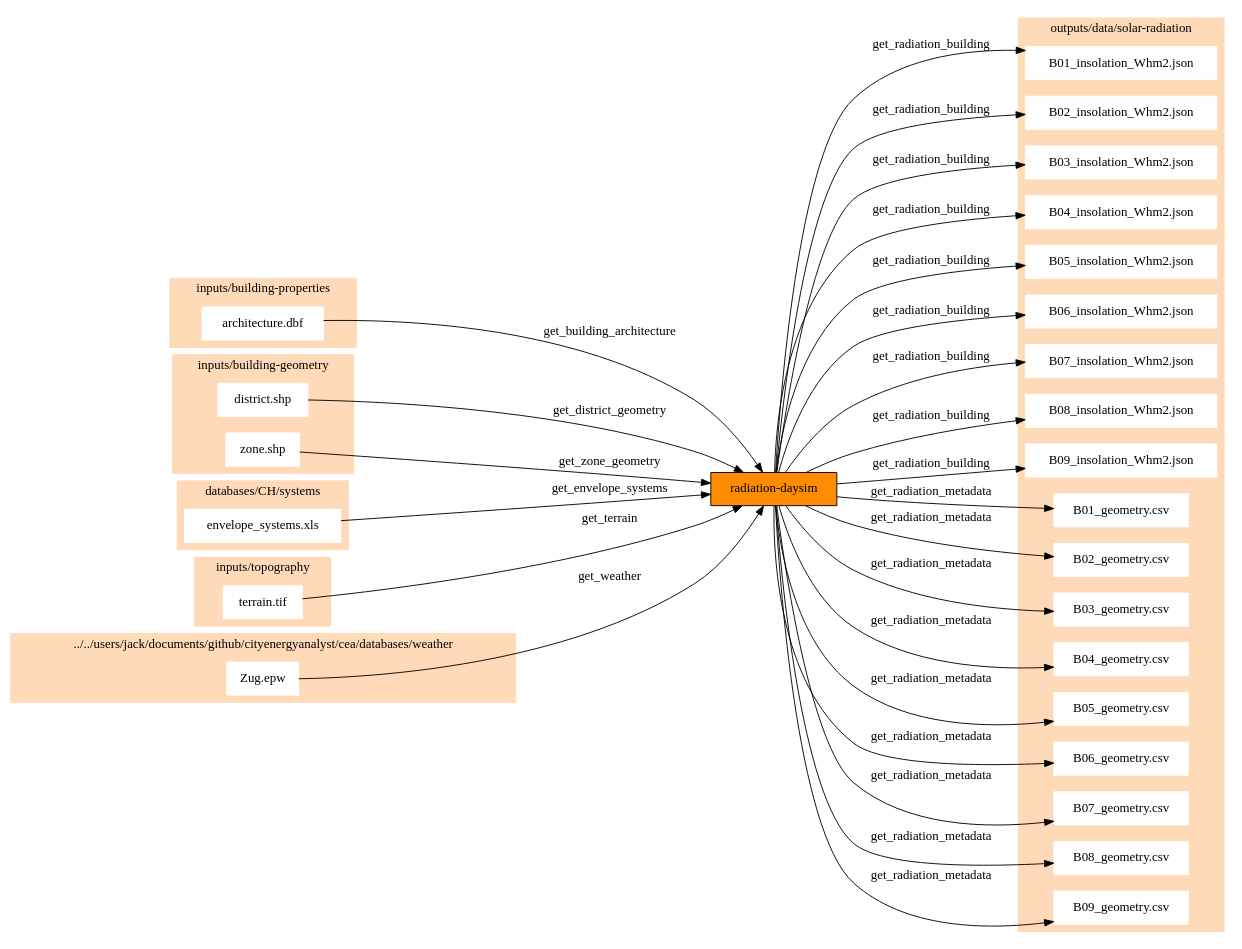
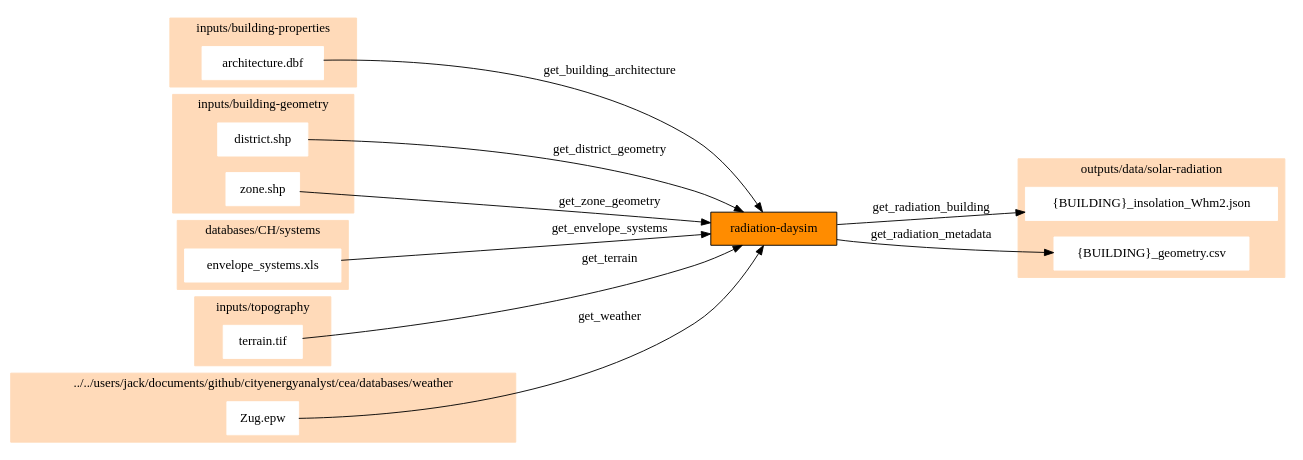
One commit to architecture-building-systems/CityEnergyAnalyst changed the diagram in docs/script_dependencies/radiation-daysim.gv. Above: the diagram before and after it, drawn with Graphviz. The commit also changed 4 other files, not shown here.

```diff
--- a/docs/script_dependencies/radiation-daysim.gv
+++ b/docs/script_dependencies/radiation-daysim.gv
@@ -1,84 +1,52 @@
 digraph trace_inputlocator {
     rankdir="LR";
     node [shape=box];
     graph [overlap = false];
     "radiation-daysim"[style=filled, fillcolor=darkorange];
     "architecture.dbf" -> "radiation-daysim"[label="get_building_architecture"]
     "district.shp" -> "radiation-daysim"[label="get_district_geometry"]
     "envelope_systems.xls" -> "radiation-daysim"[label="get_envelope_systems"]
     "terrain.tif" -> "radiation-daysim"[label="get_terrain"]
     "Zug.epw" -> "radiation-daysim"[label="get_weather"]
     "zone.shp" -> "radiation-daysim"[label="get_zone_geometry"]
-    "radiation-daysim" -> "B01_insolation_Whm2.json"[label="get_radiation_building"]
-    "radiation-daysim" -> "B02_insolation_Whm2.json"[label="get_radiation_building"]
-    "radiation-daysim" -> "B03_insolation_Whm2.json"[label="get_radiation_building"]
-    "radiation-daysim" -> "B04_insolation_Whm2.json"[label="get_radiation_building"]
-    "radiation-daysim" -> "B05_insolation_Whm2.json"[label="get_radiation_building"]
-    "radiation-daysim" -> "B06_insolation_Whm2.json"[label="get_radiation_building"]
-    "radiation-daysim" -> "B07_insolation_Whm2.json"[label="get_radiation_building"]
-    "radiation-daysim" -> "B08_insolation_Whm2.json"[label="get_radiation_building"]
-    "radiation-daysim" -> "B09_insolation_Whm2.json"[label="get_radiation_building"]
-    "radiation-daysim" -> "B01_geometry.csv"[label="get_radiation_metadata"]
-    "radiation-daysim" -> "B02_geometry.csv"[label="get_radiation_metadata"]
-    "radiation-daysim" -> "B03_geometry.csv"[label="get_radiation_metadata"]
-    "radiation-daysim" -> "B04_geometry.csv"[label="get_radiation_metadata"]
-    "radiation-daysim" -> "B05_geometry.csv"[label="get_radiation_metadata"]
-    "radiation-daysim" -> "B06_geometry.csv"[label="get_radiation_metadata"]
-    "radiation-daysim" -> "B07_geometry.csv"[label="get_radiation_metadata"]
-    "radiation-daysim" -> "B08_geometry.csv"[label="get_radiation_metadata"]
-    "radiation-daysim" -> "B09_geometry.csv"[label="get_radiation_metadata"]
+    "radiation-daysim" -> "{BUILDING}_insolation_Whm2.json"[label="get_radiation_building"]
+    "radiation-daysim" -> "{BUILDING}_geometry.csv"[label="get_radiation_metadata"]
     subgraph cluster_0 {
         style = filled;
         color = peachpuff;
         label="../../users/jack/documents/github/cityenergyanalyst/cea/databases/weather";
     "Zug.epw"[style=filled, color=white]
     }
     subgraph cluster_1 {
         style = filled;
         color = peachpuff;
         label="databases/CH/systems";
     "envelope_systems.xls"[style=filled, color=white]
     }
     subgraph cluster_2 {
         style = filled;
         color = peachpuff;
         label="inputs/building-geometry";
     "district.shp"[style=filled, color=white]
     "zone.shp"[style=filled, color=white]
     }
     subgraph cluster_3 {
         style = filled;
         color = peachpuff;
         label="inputs/building-properties";
     "architecture.dbf"[style=filled, color=white]
     }
     subgraph cluster_4 {
         style = filled;
         color = peachpuff;
         label="inputs/topography";
     "terrain.tif"[style=filled, color=white]
     }
     subgraph cluster_5 {
         style = filled;
         color = peachpuff;
         label="outputs/data/solar-radiation";
-    "B01_insolation_Whm2.json"[style=filled, color=white]
-    "B02_insolation_Whm2.json"[style=filled, color=white]
-    "B03_insolation_Whm2.json"[style=filled, color=white]
-    "B04_insolation_Whm2.json"[style=filled, color=white]
-    "B05_insolation_Whm2.json"[style=filled, color=white]
-    "B06_insolation_Whm2.json"[style=filled, color=white]
-    "B07_insolation_Whm2.json"[style=filled, color=white]
-    "B08_insolation_Whm2.json"[style=filled, color=white]
-    "B09_insolation_Whm2.json"[style=filled, color=white]
-    "B01_geometry.csv"[style=filled, color=white]
-    "B02_geometry.csv"[style=filled, color=white]
-    "B03_geometry.csv"[style=filled, color=white]
-    "B04_geometry.csv"[style=filled, color=white]
-    "B05_geometry.csv"[style=filled, color=white]
-    "B06_geometry.csv"[style=filled, color=white]
-    "B07_geometry.csv"[style=filled, color=white]
-    "B08_geometry.csv"[style=filled, color=white]
-    "B09_geometry.csv"[style=filled, color=white]
+    "{BUILDING}_insolation_Whm2.json"[style=filled, color=white]
+    "{BUILDING}_geometry.csv"[style=filled, color=white]
     }
 }
```
